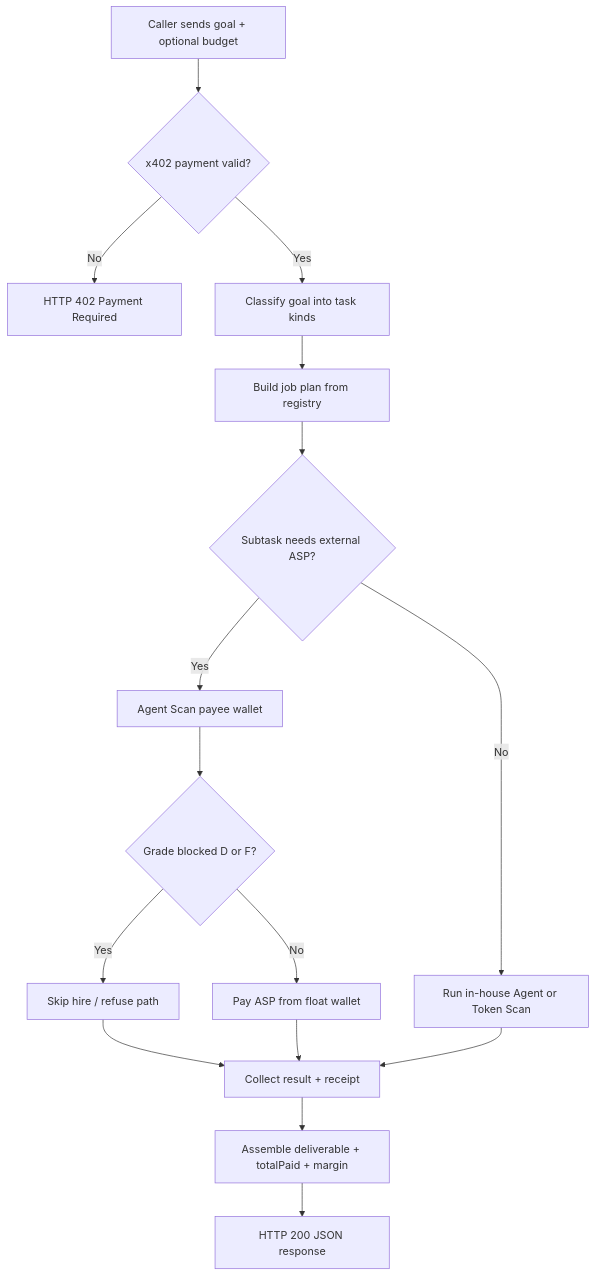
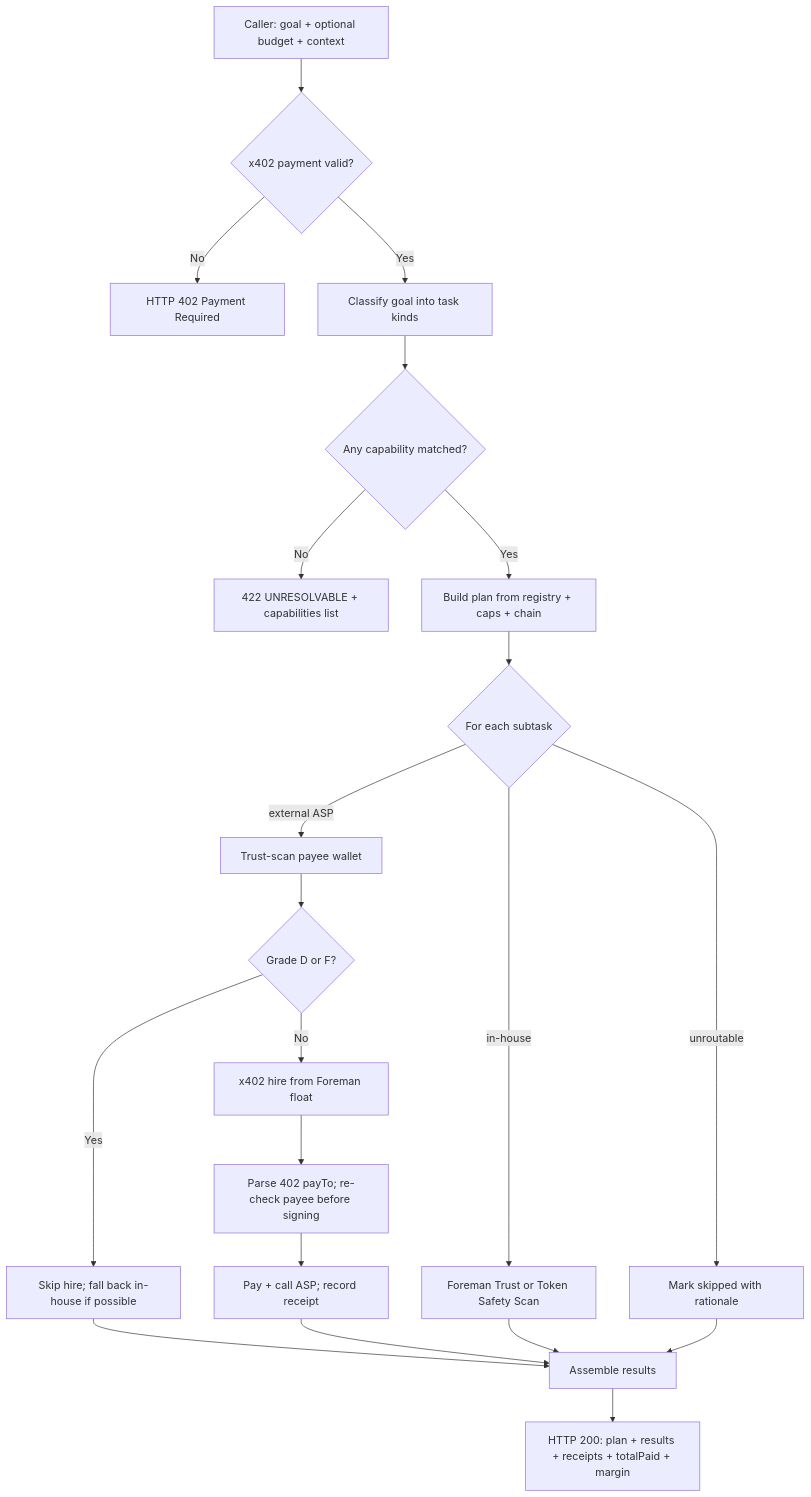
Before and after one commit to rudazy/AgentDNA: the second of 6 diagrams in README.md, drawn with Mermaid. The commit also changed other lines of this file, not shown here.

Commit message:
rewrite README as Foreman-first

````diff
--- a/README.md
+++ b/README.md
@@ -84,18 +172,23 @@
 ```mermaid
 flowchart TD
-  A[Caller sends goal + optional budget] --> B{x402 payment valid?}
+  A[Caller: goal + optional budget + context] --> B{x402 payment valid?}
   B -->|No| C[HTTP 402 Payment Required]
   B -->|Yes| D[Classify goal into task kinds]
-  D --> E[Build job plan from registry]
-  E --> F{Subtask needs external ASP?}
-  F -->|Yes| G[Agent Scan payee wallet]
-  G --> H{Grade blocked D or F?}
-  H -->|Yes| I[Skip hire / refuse path]
-  H -->|No| J[Pay ASP from float wallet]
-  F -->|No| K[Run in-house Agent or Token Scan]
-  J --> L[Collect result + receipt]
-  K --> L
-  I --> L
-  L --> M[Assemble deliverable + totalPaid + margin]
-  M --> N[HTTP 200 JSON response]
+  D --> E{Any capability matched?}
+  E -->|No| F[422 UNRESOLVABLE + capabilities list]
+  E -->|Yes| G[Build plan from registry + caps + chain]
+  G --> H{For each subtask}
+  H -->|external ASP| I[Trust-scan payee wallet]
+  I --> J{Grade D or F?}
+  J -->|Yes| K[Skip hire; fall back in-house if possible]
+  J -->|No| L[x402 hire from Foreman float]
+  L --> M[Parse 402 payTo; re-check payee before signing]
+  M --> N[Pay + call ASP; record receipt]
+  H -->|in-house| O[Foreman Trust or Token Safety Scan]
+  H -->|unroutable| P[Mark skipped with rationale]
+  K --> Q[Assemble results]
+  N --> Q
+  O --> Q
+  P --> Q
+  Q --> R[HTTP 200: plan + results + receipts + totalPaid + margin]
 ```
````
